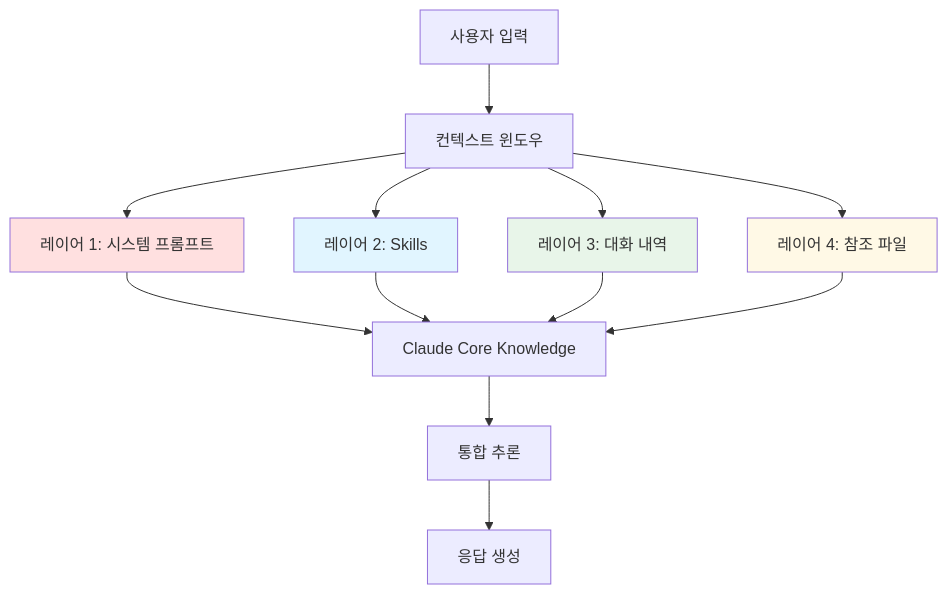
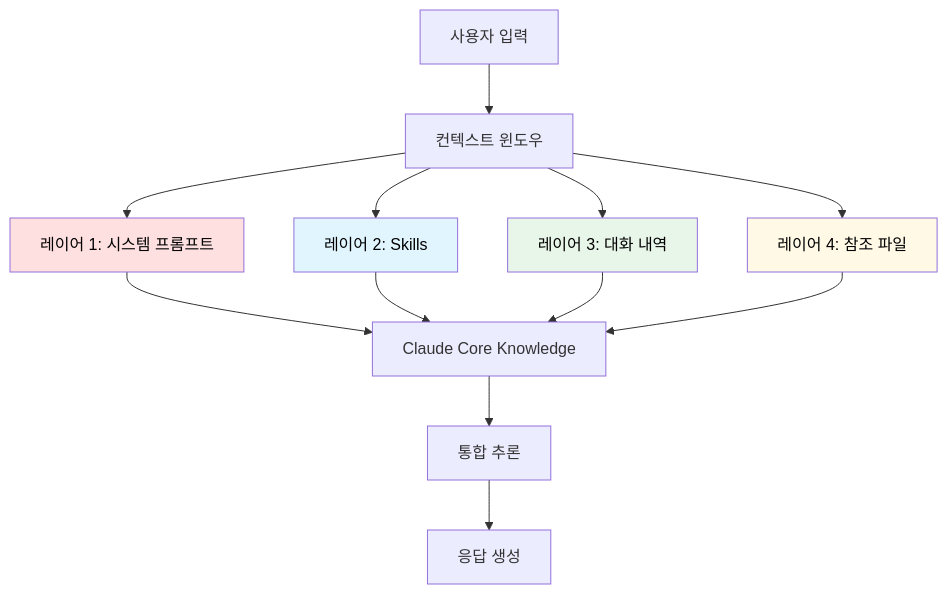
Before and after one commit to hyoguoo/hyoguoo.github.io: the first of 2 diagrams in src/content/docs/docs/ai-assisted-development/claude-context-management.md, drawn with Mermaid. The commit also changed other lines of this file and 8 other files, not shown here.

Commit message:
mod: 가독성을 위한 mermaid 색상 수정

````diff
--- a/src/content/docs/docs/ai-assisted-development/claude-context-management.md
+++ b/src/content/docs/docs/ai-assisted-development/claude-context-management.md
@@ -13,18 +13,18 @@
 ```mermaid
 graph TB
     A[사용자 입력] --> B[컨텍스트 윈도우]
     B --> C[레이어 1: 시스템 프롬프트]
     B --> D[레이어 2: Skills]
     B --> E[레이어 3: 대화 내역]
     B --> F[레이어 4: 참조 파일]
     C --> G[Claude Core Knowledge]
     D --> G
     E --> G
     F --> G
     G --> H[통합 추론]
     H --> I[응답 생성]
-    style C fill: #ffe0e0
-    style D fill: #e1f5ff
-    style E fill: #e8f5e9
-    style F fill: #fff9e6
+    style C fill: #ffe0e0, color: #000
+    style D fill: #e1f5ff, color: #000
+    style E fill: #e8f5e9, color: #000
+    style F fill: #fff9e6, color: #000
 ```
````
